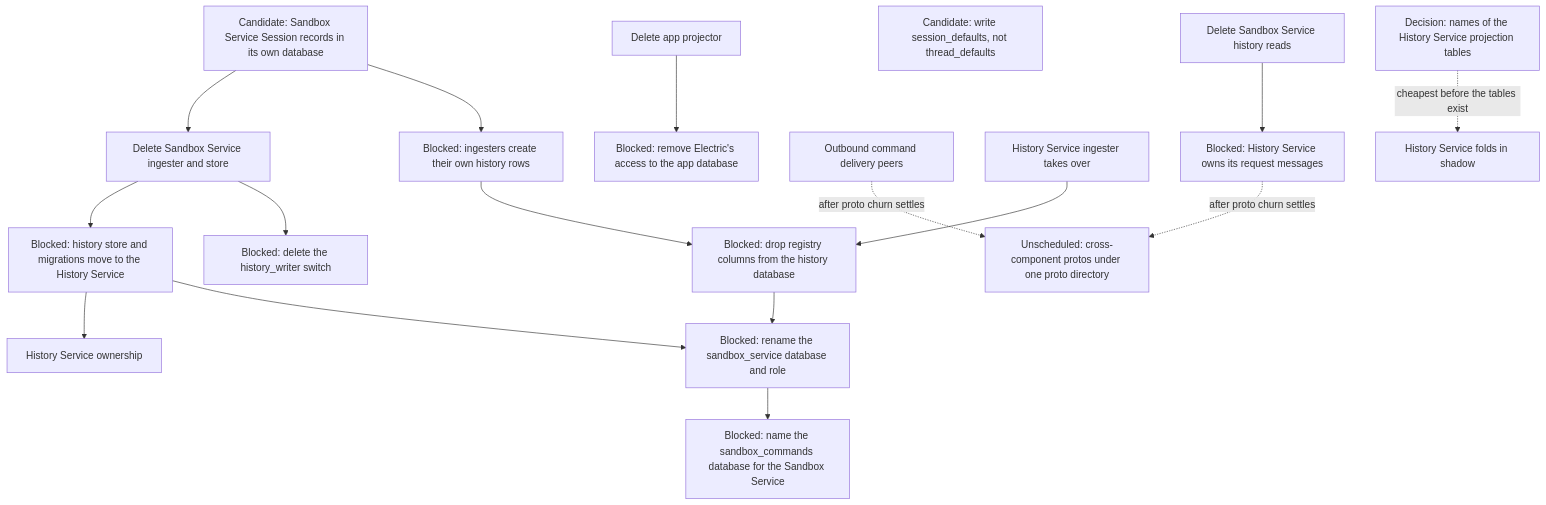
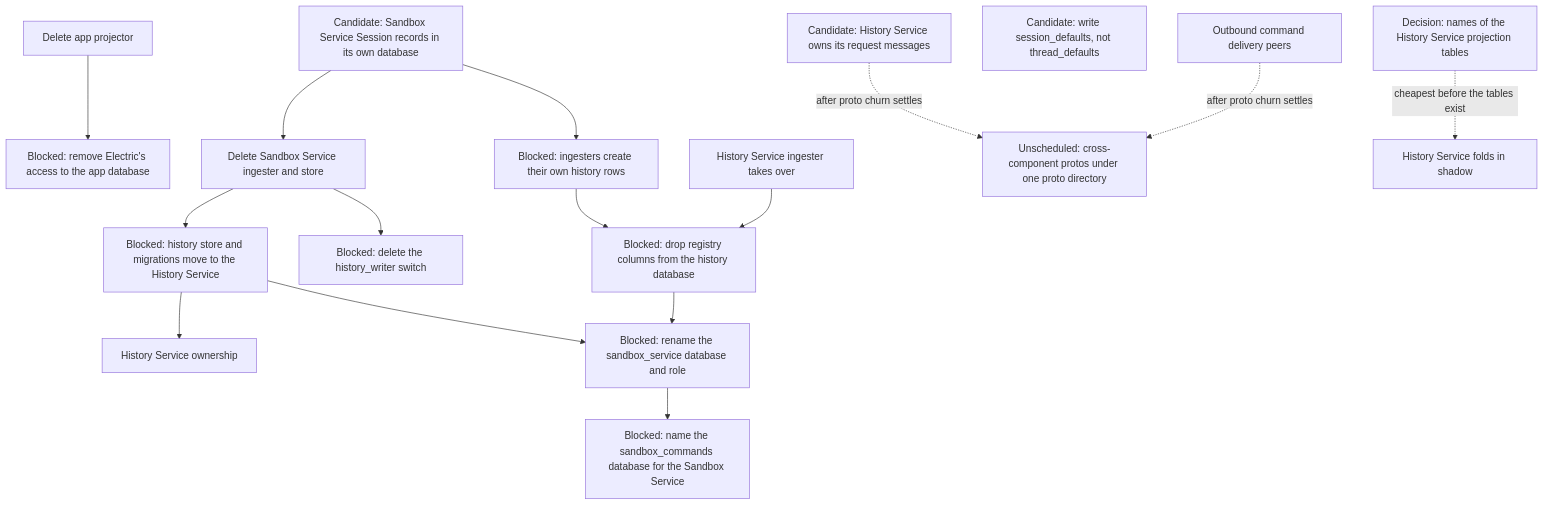
The tenth of 10 diagrams in agentplane/plans/task_dag.md (agentydragon-agent/ducktape), drawn with Mermaid before and after one commit. The commit also changed other lines of this file and 11 other files, not shown here.

First line of the commit message:
agentplane/sandbox_service: delete the history read RPCs (#9780)

````diff
--- a/agentplane/plans/task_dag.md
+++ b/agentplane/plans/task_dag.md
@@ -960,37 +953,35 @@
 ```mermaid
 flowchart TD
     SESSION_REGISTRY_MOVE[Candidate: Sandbox Service Session records in its own database]
     SESSION_HISTORY_ROW_FROM_FEED[Blocked: ingesters create their own history rows]
     HISTORY_SESSION_COLUMNS_DROP[Blocked: drop registry columns from the history database]
     HISTORY_STORE_MOVE[Blocked: history store and migrations move to the History Service]
     HISTORY_WRITER_SWITCH_RETIRE[Blocked: delete the history_writer switch]
     HISTORY_DATABASE_RENAME[Blocked: rename the sandbox_service database and role]
     SANDBOX_DATABASE_RENAME[Blocked: name the sandbox_commands database for the Sandbox Service]
-    HISTORY_PROTO_OWNERSHIP[Blocked: History Service owns its request messages]
+    HISTORY_PROTO_OWNERSHIP[Candidate: History Service owns its request messages]
     HISTORY_PROJECTION_NAMING[Decision: names of the History Service projection tables]
     APP_ELECTRIC_RETIRE[Blocked: remove Electric's access to the app database]
     SANDBOX_BINDING_ANNOTATION_RENAME[Candidate: write session_defaults, not thread_defaults]
     PROTO_DIRECTORY[Unscheduled: cross-component protos under one proto directory]
     RUNNER_OUTBOUND_CHANNEL[Outbound command delivery peers]
     HISTORY_WRITE_HANDOFF[History Service ingester takes over]
-    SANDBOX_HISTORY_READS_RETIRE[Delete Sandbox Service history reads]
     SANDBOX_LOCAL_HISTORY_RETIRE[Delete Sandbox Service ingester and store]
     FOLD_SHADOW[History Service folds in shadow]
     APP_PROJECTOR_RETIRE[Delete app projector]
     HISTORY_SERVICE_OWNERSHIP[History Service ownership]
     SESSION_REGISTRY_MOVE --> SANDBOX_LOCAL_HISTORY_RETIRE
     SESSION_REGISTRY_MOVE --> SESSION_HISTORY_ROW_FROM_FEED
     SESSION_HISTORY_ROW_FROM_FEED --> HISTORY_SESSION_COLUMNS_DROP
     HISTORY_WRITE_HANDOFF --> HISTORY_SESSION_COLUMNS_DROP
     SANDBOX_LOCAL_HISTORY_RETIRE --> HISTORY_STORE_MOVE
     SANDBOX_LOCAL_HISTORY_RETIRE --> HISTORY_WRITER_SWITCH_RETIRE
     HISTORY_STORE_MOVE --> HISTORY_SERVICE_OWNERSHIP
     HISTORY_STORE_MOVE --> HISTORY_DATABASE_RENAME
     HISTORY_SESSION_COLUMNS_DROP --> HISTORY_DATABASE_RENAME
     HISTORY_DATABASE_RENAME --> SANDBOX_DATABASE_RENAME
-    SANDBOX_HISTORY_READS_RETIRE --> HISTORY_PROTO_OWNERSHIP
     HISTORY_PROJECTION_NAMING -. cheapest before the tables exist .-> FOLD_SHADOW
     APP_PROJECTOR_RETIRE --> APP_ELECTRIC_RETIRE
     HISTORY_PROTO_OWNERSHIP -. after proto churn settles .-> PROTO_DIRECTORY
     RUNNER_OUTBOUND_CHANNEL -. after proto churn settles .-> PROTO_DIRECTORY
 ```
````
